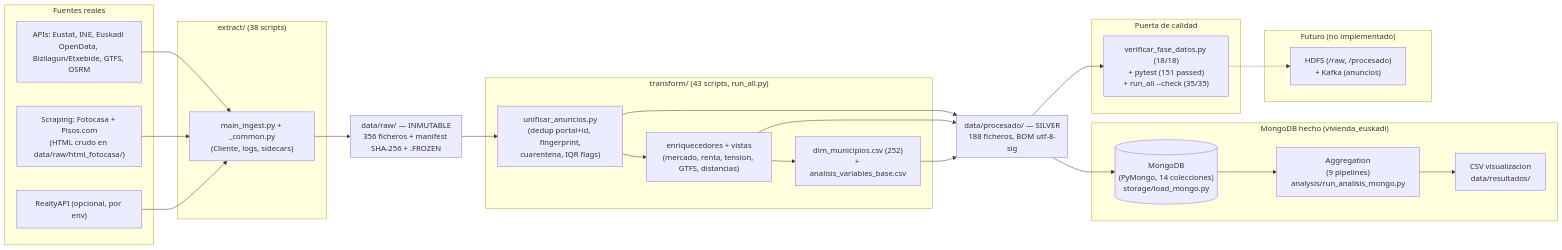
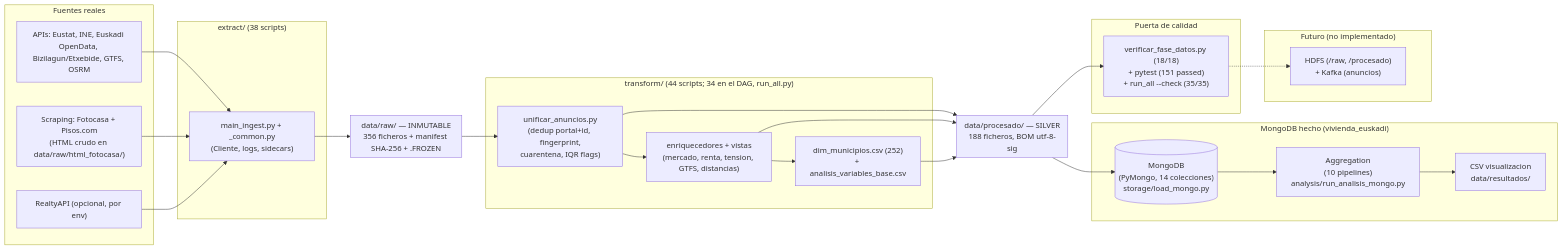
One commit to mikelrh-dev/bigdata-vivienda-euskadi changed the diagram in docs/arquitectura_datos.md. Above: the diagram before and after it, drawn with Mermaid. The commit also changed other lines of this file and 194 other files, not shown here.

````diff
--- a/docs/arquitectura_datos.md
+++ b/docs/arquitectura_datos.md
@@ -6,45 +6,45 @@
 ```mermaid
 flowchart LR
     subgraph Fuentes["Fuentes reales"]
         API["APIs: Eustat, INE, Euskadi OpenData, Bizilagun/Etxebide, GTFS, OSRM"]
         SCR["Scraping: Fotocasa + Pisos.com\n(HTML crudo en data/raw/html_fotocasa/)"]
         OPT["RealtyAPI (opcional, por env)"]
     end
     subgraph Extract["extract/ (38 scripts)"]
         ING["main_ingest.py + _common.py\n(Cliente, logs, sidecars)"]
     end
     subgraph RAW["data/raw/ — INMUTABLE\n356 ficheros + manifest SHA-256 + .FROZEN"]
     end
-    subgraph Transform["transform/ (43 scripts, run_all.py)"]
+    subgraph Transform["transform/ (44 scripts; 34 en el DAG, run_all.py)"]
         UNI["unificar_anuncios.py\n(dedup portal+id, fingerprint,\ncuarentena, IQR flags)"]
         ENR["enriquecedores + vistas\n(mercado, renta, tension, GTFS, distancias)"]
         DIM["dim_municipios.csv (252)\n+ analisis_variables_base.csv"]
     end
     subgraph Silver["data/procesado/ — SILVER\n188 ficheros, BOM utf-8-sig"]
     end
     subgraph QA["Puerta de calidad"]
         GATE["verificar_fase_datos.py (18/18)\n+ pytest (151 passed)\n+ run_all --check (35/35)"]
     end
     subgraph Mongo["MongoDB hecho (vivienda_euskadi)"]
         MONGO[("MongoDB\n(PyMongo, 14 colecciones)\nstorage/load_mongo.py")]
-        AGG["Aggregation\n(9 pipelines)\nanalysis/run_analisis_mongo.py"]
+        AGG["Aggregation\n(10 pipelines)\nanalysis/run_analisis_mongo.py"]
         CSV["CSV visualizacion\ndata/resultados/"]
     end
     subgraph Futuro["Futuro (no implementado)"]
         HK["HDFS (/raw, /procesado)\n+ Kafka (anuncios)"]
     end
     API --> ING
     SCR --> ING
     OPT --> ING
     ING --> RAW
     RAW --> UNI
     UNI --> ENR
     ENR --> DIM
     UNI --> Silver
     ENR --> Silver
     DIM --> Silver
     Silver --> GATE
     Silver --> MONGO
     MONGO --> AGG --> CSV
     GATE -.-> HK
 ```
````
